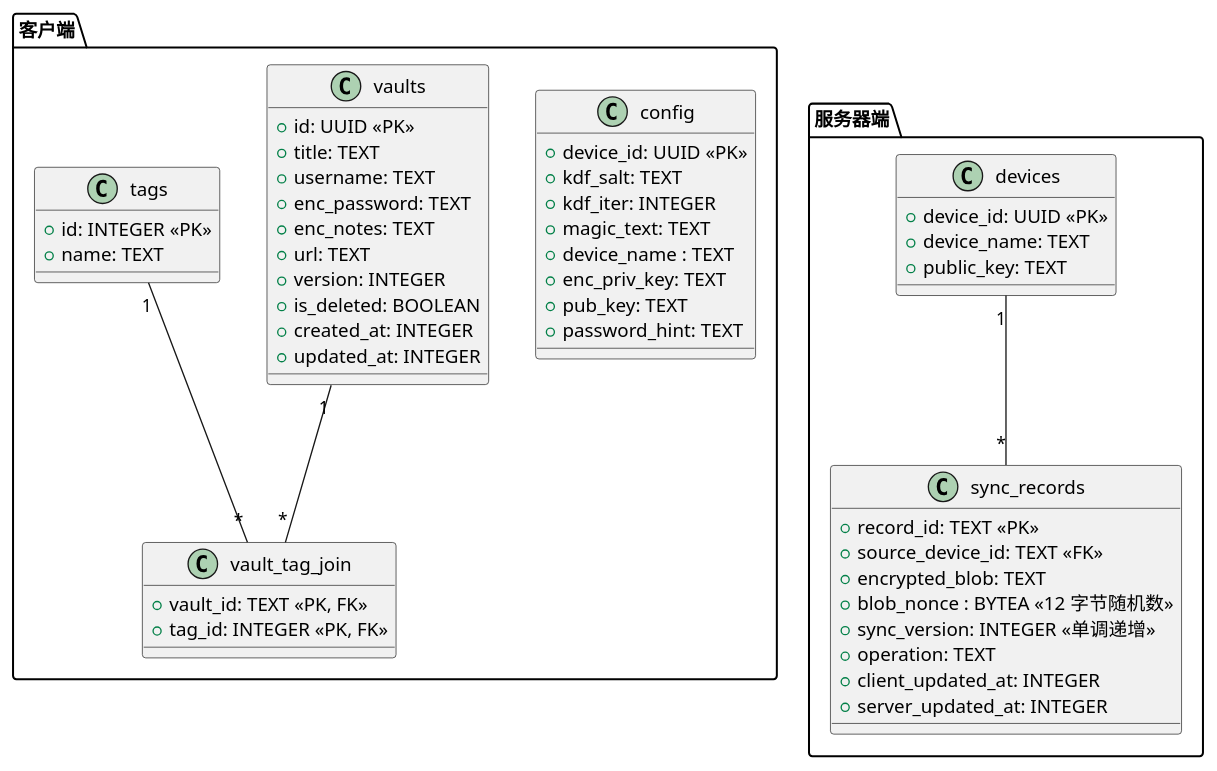
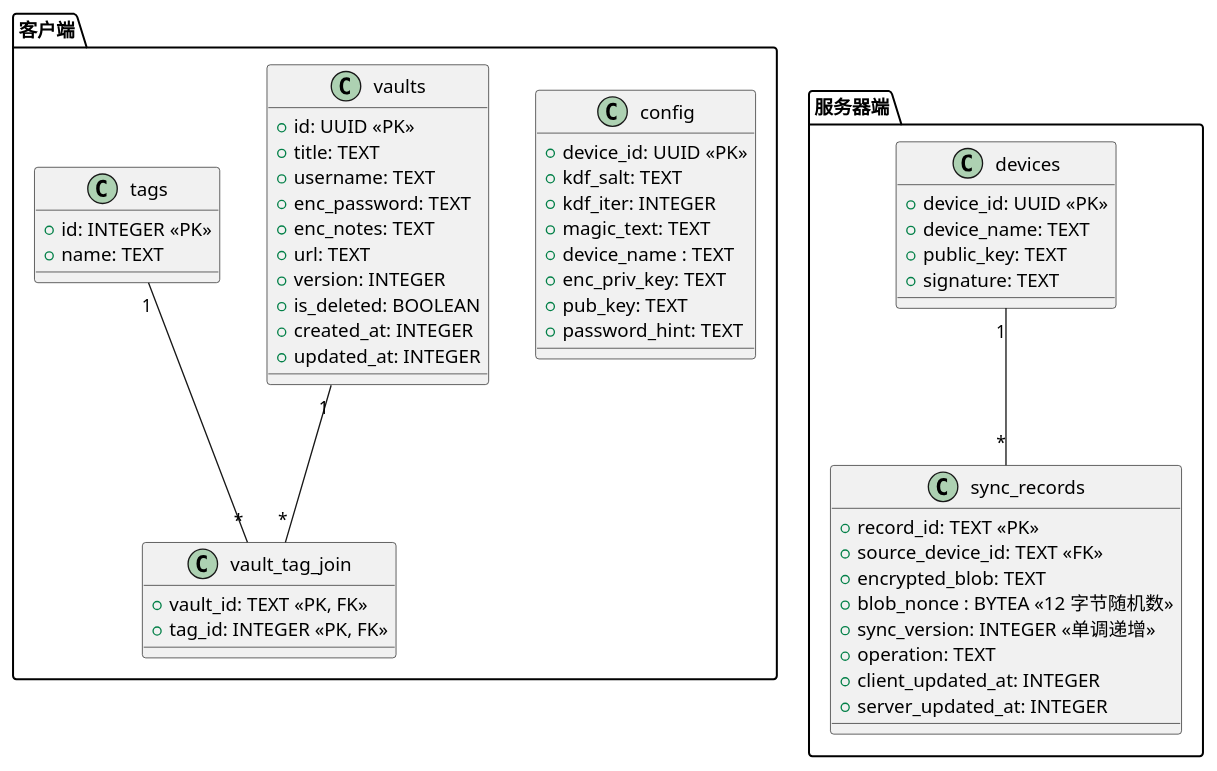
One commit to zxionf/vlt changed the diagram in .design/关系表.iuml. Above: the diagram before and after it, drawn with PlantUML. The commit also changed 19 other files, not shown here.

```diff
--- a/.design/关系表.iuml
+++ b/.design/关系表.iuml
@@ -1,64 +1,65 @@
 @startuml 关系表
 
 package "客户端" {
     class config {
         + device_id: UUID <<PK>>
         + kdf_salt: TEXT
         + kdf_iter: INTEGER
         + magic_text: TEXT
         + device_name : TEXT
         + enc_priv_key: TEXT
         + pub_key: TEXT
         + password_hint: TEXT
     }
 
     class vaults {
         + id: UUID <<PK>>
         + title: TEXT
         + username: TEXT
         + enc_password: TEXT
         + enc_notes: TEXT
         + url: TEXT
         + version: INTEGER
         + is_deleted: BOOLEAN
         + created_at: INTEGER
         + updated_at: INTEGER
     }
 
     class tags {
         + id: INTEGER <<PK>>
         + name: TEXT
     }
 
     class vault_tag_join {
         + vault_id: TEXT <<PK, FK>>
         + tag_id: INTEGER <<PK, FK>>
     }
 
     vaults "1" -- "*" vault_tag_join
     tags "1" -- "*" vault_tag_join
 }
 
 package "服务器端" {
     class devices {
         + device_id: UUID <<PK>>
         + device_name: TEXT
         + public_key: TEXT
+        + signature: TEXT
     }
 
     class sync_records {
         + record_id: TEXT <<PK>>
         + source_device_id: TEXT <<FK>>
         + encrypted_blob: TEXT
         + blob_nonce : BYTEA <<12 字节随机数>>
         + sync_version: INTEGER <<单调递增>>
         + operation: TEXT
         + client_updated_at: INTEGER
         + server_updated_at: INTEGER
     }
 
     ' 服务器端表关系
     devices "1" -- "*" sync_records
 }
 
 @enduml
```
